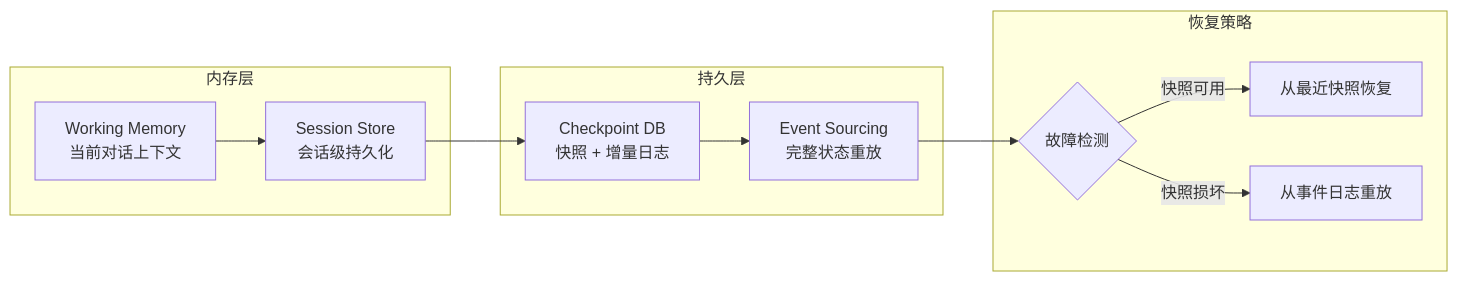
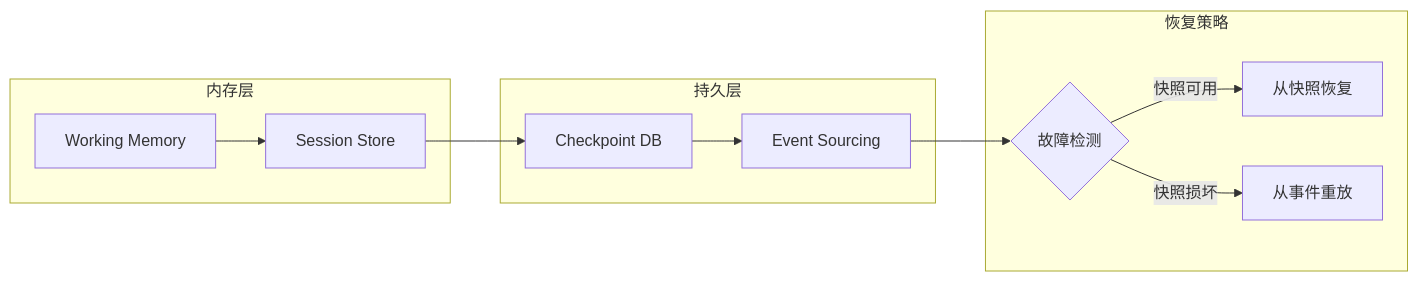
One commit to xiaoxiath/ai-agent-engineering changed the fifth of 8 diagrams in chapters/part-02-core-architecture/ch04-state-management.md. Above: the diagram before and after it, drawn with Mermaid. The commit also changed other lines of this file and 6 other files, not shown here.

````diff
--- a/chapters/part-02-core-architecture/ch04-state-management.md
+++ b/chapters/part-02-core-architecture/ch04-state-management.md
@@ -706,15 +553,15 @@
 ```mermaid
 flowchart LR
     subgraph 内存层
-        A[Working Memory<br/>当前对话上下文] --> B[Session Store<br/>会话级持久化]
+        A[Working Memory] --> B[Session Store]
     end
     subgraph 持久层
-        B --> C[Checkpoint DB<br/>快照 + 增量日志]
-        C --> D[Event Sourcing<br/>完整状态重放]
+        B --> C[Checkpoint DB]
+        C --> D[Event Sourcing]
     end
     subgraph 恢复策略
         D --> E{故障检测}
-        E -->|快照可用| F[从最近快照恢复]
-        E -->|快照损坏| G[从事件日志重放]
+        E -->|快照可用| F[从快照恢复]
+        E -->|快照损坏| G[从事件重放]
     end
 ```
````
